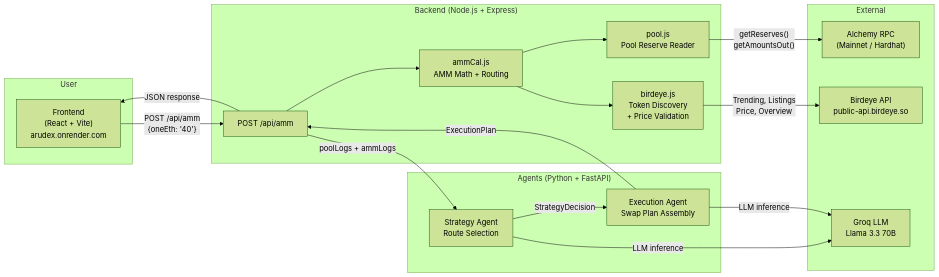
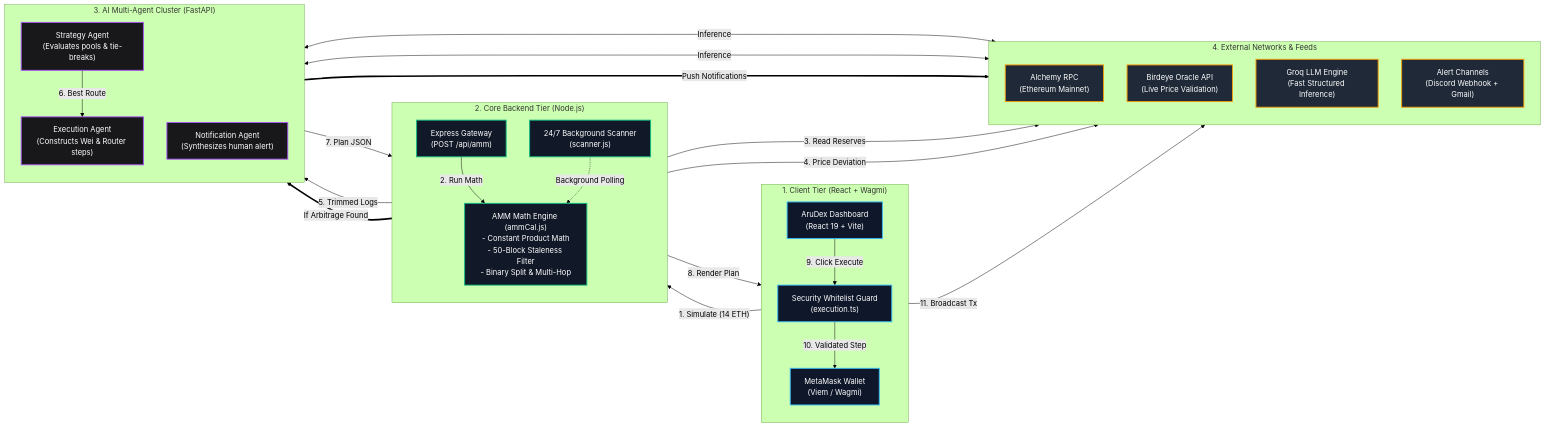
The diagram in Readme.md (Arunabha-Mukhopadhyay/AruDex), drawn with Mermaid (forest theme) before and after one commit.

Commit message:
docs: update architecture diagram with clean numbered multi-agent pipeline

````diff
--- a/Readme.md
+++ b/Readme.md
@@ -22,36 +22,85 @@
 ```mermaid
 flowchart LR
-    subgraph User
-        FE["Frontend\n(React + Vite)\narudex.onrender.com"]
+    %% -------------------------------------------------------------
+    %% 1. USER & CLIENT INTERFACE
+    %% -------------------------------------------------------------
+    subgraph S1["1. Client Tier (React + Wagmi)"]
+        direction TB
+        UI["AruDex Dashboard\n(React 19 + Vite)"]
+        GUARD["Security Whitelist Guard\n(execution.ts)"]
+        METAMASK["MetaMask Wallet\n(Viem / Wagmi)"]
     end
 
-    subgraph Backend["Backend (Node.js + Express)"]
-        API["POST /api/amm"]
-        AMM["ammCal.js\nAMM Math + Routing"]
-        POOL["pool.js\nPool Reserve Reader"]
-        BE["birdeye.js\nToken Discovery\n+ Price Validation"]
+    %% -------------------------------------------------------------
+    %% 2. BACKEND & MATHEMATICAL AMM ENGINE
+    %% -------------------------------------------------------------
+    subgraph S2["2. Core Backend Tier (Node.js)"]
+        direction TB
+        API["Express Gateway\n(POST /api/amm)"]
+        AMM["AMM Math Engine (ammCal.js)\n- Constant Product Math\n- 50-Block Staleness Filter\n- Binary Split & Multi-Hop"]
+        SCANNER["24/7 Background Scanner\n(scanner.js)"]
     end
 
-    subgraph Agents["Agents (Python + FastAPI)"]
-        SA["Strategy Agent\nRoute Selection"]
-        EA["Execution Agent\nSwap Plan Assembly"]
+    %% -------------------------------------------------------------
+    %% 3. MULTI-AGENT COGNITIVE PIPELINE
+    %% -------------------------------------------------------------
+    subgraph S3["3. AI Multi-Agent Cluster (FastAPI)"]
+        direction TB
+        STRATEGY["Strategy Agent\n(Evaluates pools & tie-breaks)"]
+        EXECUTION["Execution Agent\n(Constructs Wei & Router steps)"]
+        NOTIFIER["Notification Agent\n(Synthesizes human alert)"]
     end
 
-    subgraph External
-        ALCHEMY["Alchemy RPC\n(Mainnet / Hardhat)"]
-        BIRDEYE["Birdeye API\npublic-api.birdeye.so"]
-        GROQ["Groq LLM\nLlama 3.3 70B"]
+    %% -------------------------------------------------------------
+    %% 4. EXTERNAL DATA & INFRASTRUCTURE
+    %% -------------------------------------------------------------
+    subgraph S4["4. External Networks & Feeds"]
+        direction TB
+        ALCHEMY["Alchemy RPC\n(Ethereum Mainnet)"]
+        BIRDEYE["Birdeye Oracle API\n(Live Price Validation)"]
+        GROQ["Groq LLM Engine\n(Fast Structured Inference)"]
+        ALERTS["Alert Channels\n(Discord Webhook + Gmail)"]
     end
 
-    FE -->|"POST /api/amm\n{oneEth: '40'}"| API
-    API --> AMM
-    AMM --> POOL
-    AMM --> BE
-    POOL -->|"getReserves()\ngetAmountsOut()"| ALCHEMY
-    BE -->|"Trending, Listings\nPrice, Overview"| BIRDEYE
-    API -->|"poolLogs + ammLogs"| SA
-    SA -->|"StrategyDecision"| EA
-    EA -->|"ExecutionPlan"| API
-    SA & EA -->|"LLM inference"| GROQ
-    API -->|"JSON response"| FE
+    %% -------------------------------------------------------------
+    %% CLEAN SEQUENTIAL DATA FLOWS (LEFT TO RIGHT)
+    %% -------------------------------------------------------------
+    
+    %% User Simulation Flow
+    UI -->|"1. Simulate (14 ETH)"| API
+    API -->|"2. Run Math"| AMM
+    SCANNER -.->|"Background Polling"| AMM
+
+    %% On-Chain Data Fetching
+    AMM -->|"3. Read Reserves"| ALCHEMY
+    AMM -->|"4. Price Deviation"| BIRDEYE
+
+    %% Agent Reasoning Flow
+    AMM -->|"5. Trimmed Logs"| STRATEGY
+    STRATEGY -->|"6. Best Route"| EXECUTION
+    STRATEGY & EXECUTION <-->|"Inference"| GROQ
+
+    %% Background Arbitrage Alert Flow
+    SCANNER ==>|"If Arbitrage Found"| NOTIFIER
+    NOTIFIER ==>|"Push Notifications"| ALERTS
+
+    %% Execution Return & Broadcast Flow
+    EXECUTION -->|"7. Plan JSON"| API
+    API -->|"8. Render Plan"| UI
+    UI -->|"9. Click Execute"| GUARD
+    GUARD -->|"10. Validated Step"| METAMASK
+    METAMASK -->|"11. Broadcast Tx"| ALCHEMY
+
+    %% -------------------------------------------------------------
+    %% STYLING FOR MAXIMUM VISUAL CLARITY
+    %% -------------------------------------------------------------
+    classDef client fill:#0f172a,stroke:#38bdf8,stroke-width:2px,color:#fff;
+    classDef backend fill:#111827,stroke:#10b981,stroke-width:2px,color:#fff;
+    classDef agents fill:#18181b,stroke:#a855f7,stroke-width:2px,color:#fff;
+    classDef external fill:#1f2937,stroke:#f59e0b,stroke-width:2px,color:#fff;
+
+    class UI,GUARD,METAMASK client;
+    class API,AMM,SCANNER backend;
+    class STRATEGY,EXECUTION,NOTIFIER agents;
+    class ALCHEMY,BIRDEYE,GROQ,ALERTS external;
 ```
````
